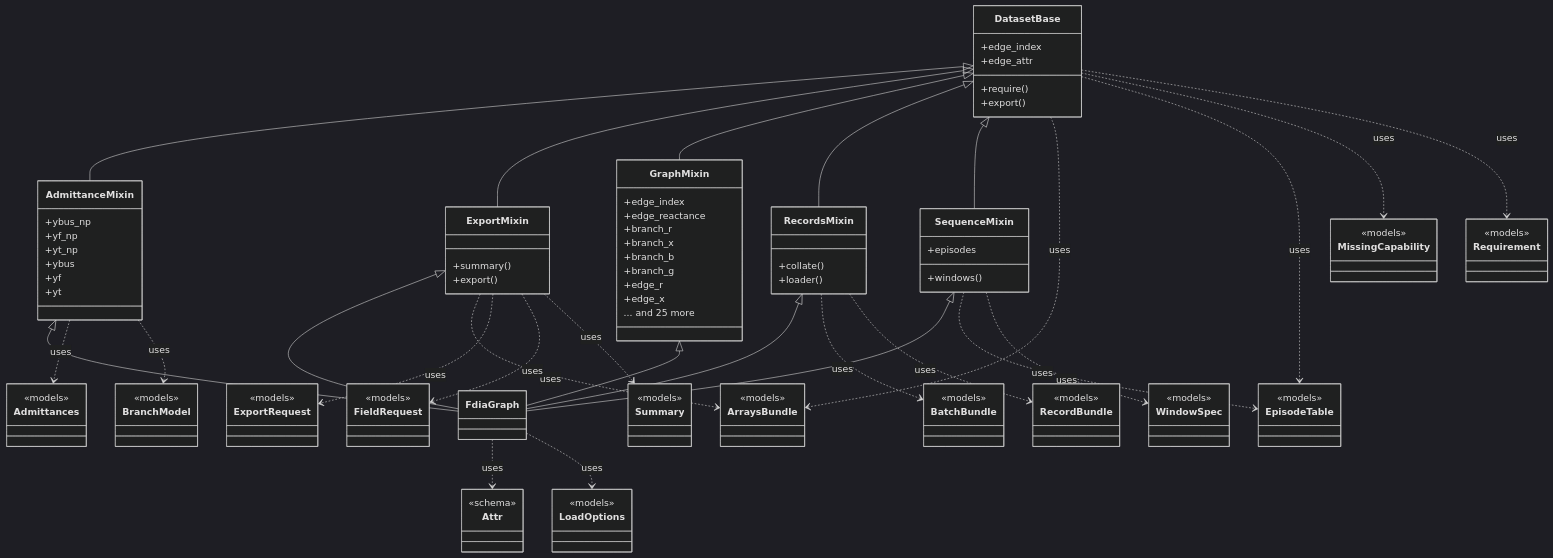
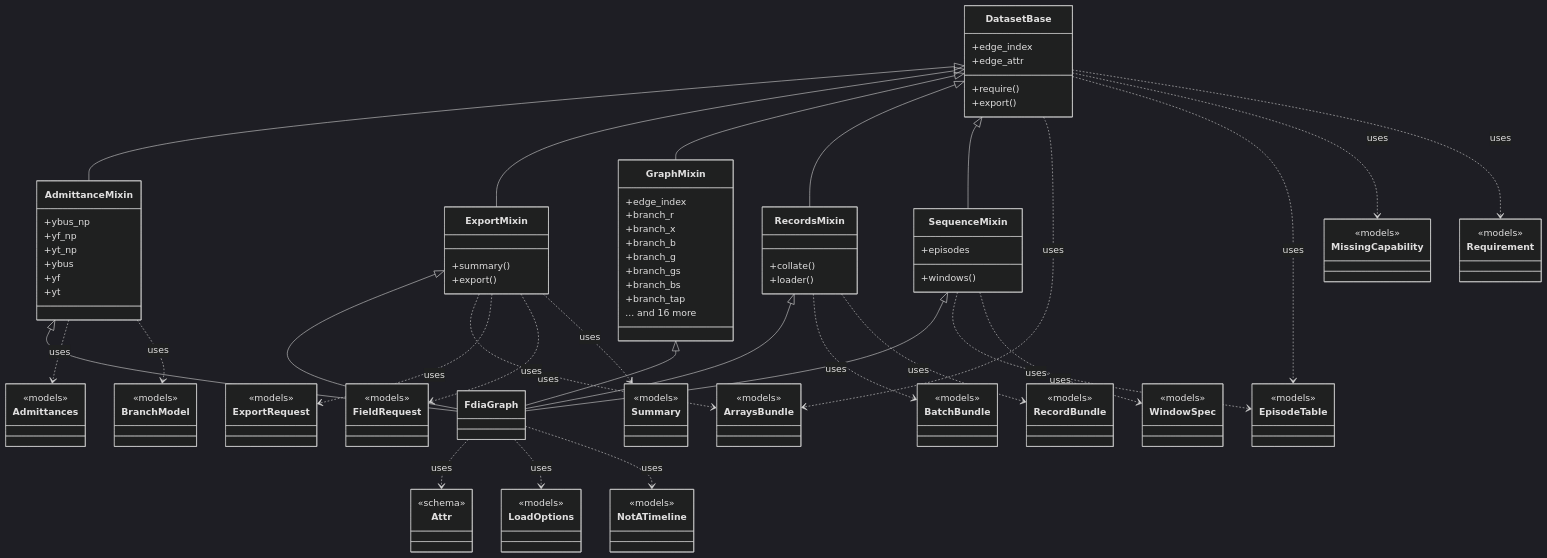
One commit to myersben9/fdia-graph changed the diagram in docs/figures/diagrams/classes_dataset.mmd. Above: the diagram before and after it, drawn with Mermaid (dark theme). The commit also changed 82 other files, not shown here.

First line of the commit message:
Deprecated logic leaves main: record shards, streams, dict settings, old load_profile keywords, edge_reactance, operator.response (#233)

```diff
--- a/docs/figures/diagrams/classes_dataset.mmd
+++ b/docs/figures/diagrams/classes_dataset.mmd
@@ -1,108 +1,112 @@
 classDiagram
     class DatasetBase {
         +require()
         +edge_index
         +edge_attr
         +export()
     }
     class GraphMixin {
         +edge_index
-        +edge_reactance
         +branch_r
         +branch_x
         +branch_b
         +branch_g
-        +edge_r
-        +edge_x
-        ... and 25 more
+        +branch_gs
+        +branch_bs
+        +branch_tap
+        ... and 16 more
     }
     class AdmittanceMixin {
         +ybus_np
         +yf_np
         +yt_np
         +ybus
         +yf
         +yt
     }
     class RecordsMixin {
         +collate()
         +loader()
     }
     class ExportMixin {
         +summary()
         +export()
     }
     class SequenceMixin {
         +windows()
         +episodes
     }
     class FdiaGraph {
     }
     class Admittances {
         <<models>>
     }
     class ArraysBundle {
         <<models>>
     }
     class Attr {
         <<schema>>
     }
     class BatchBundle {
         <<models>>
     }
     class BranchModel {
         <<models>>
     }
     class EpisodeTable {
         <<models>>
     }
     class ExportRequest {
         <<models>>
     }
     class FieldRequest {
         <<models>>
     }
     class LoadOptions {
         <<models>>
     }
     class MissingCapability {
         <<models>>
     }
+    class NotATimeline {
+        <<models>>
+    }
     class RecordBundle {
         <<models>>
     }
     class Requirement {
         <<models>>
     }
     class Summary {
         <<models>>
     }
     class WindowSpec {
         <<models>>
     }
     AdmittanceMixin <|-- FdiaGraph
     DatasetBase <|-- AdmittanceMixin
     DatasetBase <|-- ExportMixin
     DatasetBase <|-- GraphMixin
     DatasetBase <|-- RecordsMixin
     DatasetBase <|-- SequenceMixin
     ExportMixin <|-- FdiaGraph
     GraphMixin <|-- FdiaGraph
     RecordsMixin <|-- FdiaGraph
     SequenceMixin <|-- FdiaGraph
     AdmittanceMixin ..> Admittances : uses
     AdmittanceMixin ..> BranchModel : uses
     DatasetBase ..> ArraysBundle : uses
     DatasetBase ..> EpisodeTable : uses
     DatasetBase ..> MissingCapability : uses
     DatasetBase ..> Requirement : uses
     ExportMixin ..> ArraysBundle : uses
     ExportMixin ..> ExportRequest : uses
     ExportMixin ..> FieldRequest : uses
     ExportMixin ..> Summary : uses
     FdiaGraph ..> Attr : uses
     FdiaGraph ..> LoadOptions : uses
+    FdiaGraph ..> NotATimeline : uses
     RecordsMixin ..> BatchBundle : uses
     RecordsMixin ..> RecordBundle : uses
     SequenceMixin ..> EpisodeTable : uses
     SequenceMixin ..> WindowSpec : uses
```
